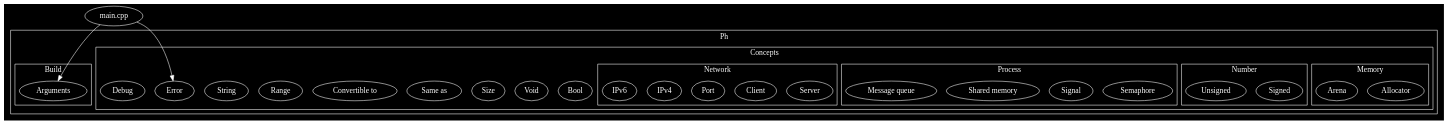
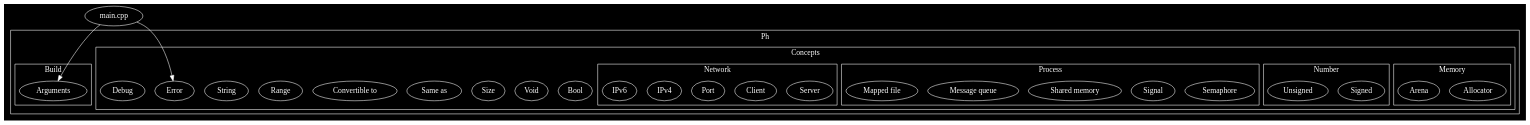
The first of 9 diagrams in README.md (phiwen96/ph), drawn with Graphviz before and after one commit. The commit also changed 10 other files, not shown here.

```diff
--- a/README.md
+++ b/README.md
@@ -90,6 +90,7 @@
 				"Signal"
 				"Shared memory"
 				"Message queue"
+				"Mapped file"
 			}
 
 			subgraph cluster003
```
